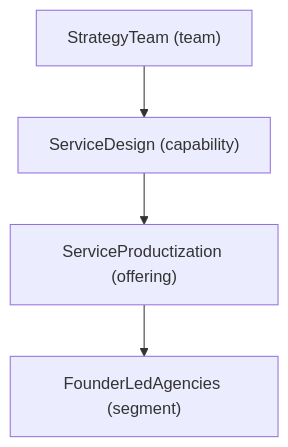
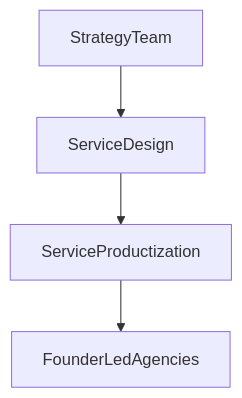
One commit to celvaron/celvaron-csl changed the first of 5 diagrams in agent-guidelines/output-formats.md. Above: the diagram before and after it, drawn with Mermaid. The commit also changed other lines of this file and 5 other files, not shown here.

First line of the commit message:
Fix spec/example inconsistencies and update Mermaid node naming

````diff
--- a/agent-guidelines/output-formats.md
+++ b/agent-guidelines/output-formats.md
@@ -130,11 +130,11 @@
 ```mermaid
 graph TD
-    segment_FounderLedAgencies["FounderLedAgencies (segment)"]
-    offering_ServiceProductization["ServiceProductization (offering)"]
-    capability_ServiceDesign["ServiceDesign (capability)"]
-    team_StrategyTeam["StrategyTeam (team)"]
+    FounderLedAgencies["FounderLedAgencies"]
+    ServiceProductization["ServiceProductization"]
+    ServiceDesign["ServiceDesign"]
+    StrategyTeam["StrategyTeam"]
 
-    offering_ServiceProductization --> segment_FounderLedAgencies
-    capability_ServiceDesign --> offering_ServiceProductization
-    team_StrategyTeam --> capability_ServiceDesign
+    ServiceProductization --> FounderLedAgencies
+    ServiceDesign --> ServiceProductization
+    StrategyTeam --> ServiceDesign
 ```
````
